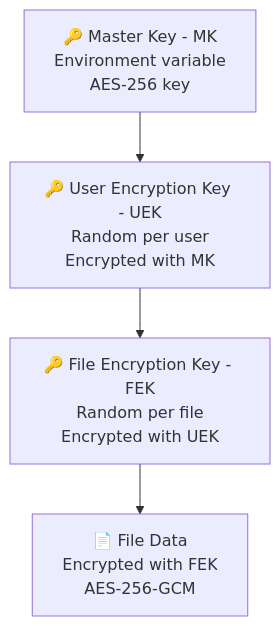
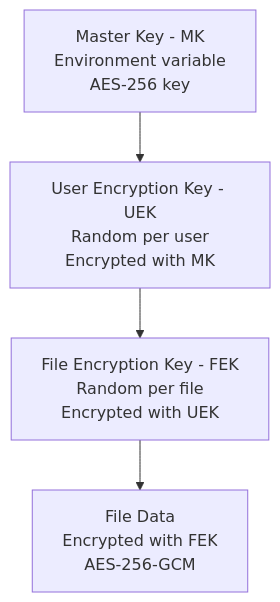
The second of 10 diagrams in docs/02-architecture.md (MariaDB-Hackathon-MY-2026/securevault), drawn with Mermaid before and after one commit. The commit also changed other lines of this file and 16 other files, not shown here.

````diff
--- a/docs/02-architecture.md
+++ b/docs/02-architecture.md
@@ -61,7 +74,6 @@
 ```mermaid
 graph TD
-    MK["🔑 Master Key - MK<br/>Environment variable<br/>AES-256 key"]
-    --> UEK["🔑 User Encryption Key - UEK<br/>Random per user<br/>Encrypted with MK"]
-    --> FEK["🔑 File Encryption Key - FEK<br/>Random per file<br/>Encrypted with UEK"]
-    --> FILE["📄 File Data<br/>Encrypted with FEK<br/>AES-256-GCM"]
+    MK["Master Key - MK<br/>Environment variable<br/>AES-256 key"] --> UEK["User Encryption Key - UEK<br/>Random per user<br/>Encrypted with MK"]
+    UEK --> FEK["File Encryption Key - FEK<br/>Random per file<br/>Encrypted with UEK"]
+    FEK --> FILE["File Data<br/>Encrypted with FEK<br/>AES-256-GCM"]
 ```
````
